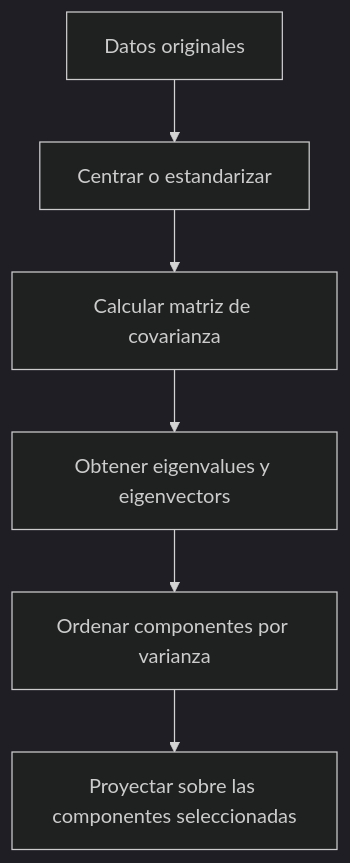
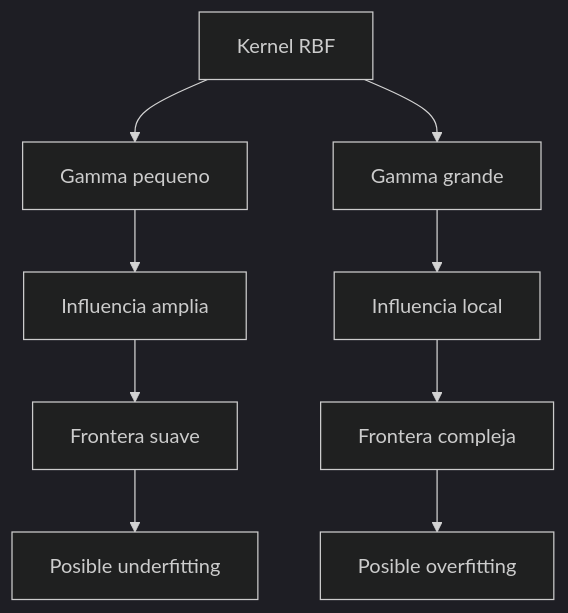
One commit to AxelIvanArroyoLara/Notes changed diagram 11 of 34 in Séptimo Semestre/Temas Selectos I/Segundo Parcial/8. Repaso Parcial.md. Above: the diagram before and after it, drawn with Mermaid (dark theme). The commit also changed other lines of this file and 1 other file, not shown here.

````diff
--- a/Séptimo Semestre/Temas Selectos I/Segundo Parcial/8. Repaso Parcial.md
+++ b/Séptimo Semestre/Temas Selectos I/Segundo Parcial/8. Repaso Parcial.md
@@ -1564,8 +721,16 @@
 ```mermaid  
-flowchart TD  
-A["Datos originales"] --> B["Centrar o estandarizar"]  
-B --> C["Calcular matriz de covarianza"]  
-C --> D["Obtener eigenvalues y eigenvectors"]  
-D --> E["Ordenar componentes por varianza"]  
-E --> F["Proyectar sobre las componentes seleccionadas"]  
+flowchart TB  
+A["Kernel RBF"]  
+  
+A --> B["Gamma pequeno"]  
+A --> C["Gamma grande"]  
+  
+B --> D["Influencia amplia"]  
+D --> E["Frontera suave"]  
+  
+C --> F["Influencia local"]  
+F --> G["Frontera compleja"]  
+  
+E --> H["Posible underfitting"]  
+G --> I["Posible overfitting"]  
 ```  
````
